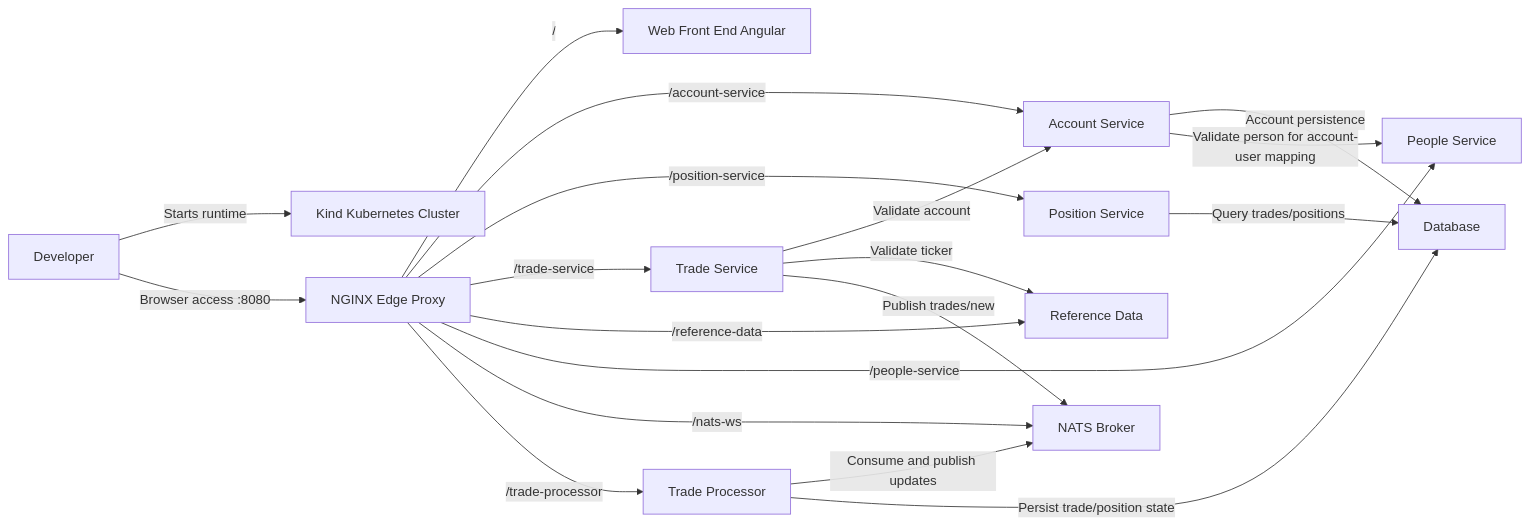
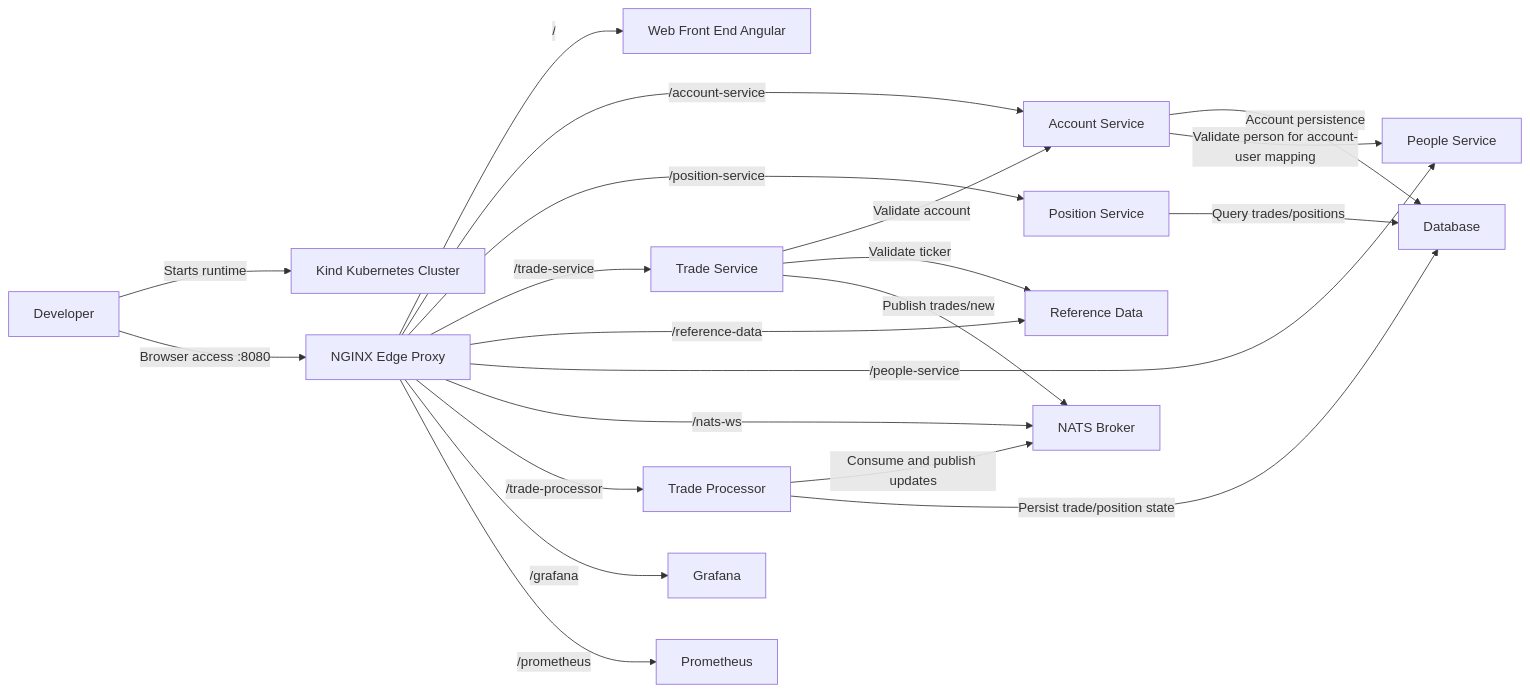
The diagram in specs/010-kubernetes-runtime/system/architecture.md (finos/traderX), drawn with Mermaid before and after one commit. The commit also changed other lines of this file and 33 other files, not shown here.

````diff
--- a/specs/010-kubernetes-runtime/system/architecture.md
+++ b/specs/010-kubernetes-runtime/system/architecture.md
@@ -16,33 +18,37 @@
 ```mermaid
 flowchart LR
   developer["Developer"]
   cluster["Kind Kubernetes Cluster"]
   edge["NGINX Edge Proxy"]
   web["Web Front End Angular"]
   account["Account Service"]
   position["Position Service"]
   tradeService["Trade Service"]
   referenceData["Reference Data"]
   people["People Service"]
   nats["NATS Broker"]
   tradeProcessor["Trade Processor"]
   database["Database"]
+  grafana["Grafana"]
+  prometheus["Prometheus"]
   developer -->|"Starts runtime"| cluster
   developer -->|"Browser access :8080"| edge
   edge -->|"/"| web
   edge -->|"/account-service"| account
   edge -->|"/position-service"| position
   edge -->|"/trade-service"| tradeService
   edge -->|"/reference-data"| referenceData
   edge -->|"/people-service"| people
   edge -->|"/nats-ws"| nats
   edge -->|"/trade-processor"| tradeProcessor
+  edge -->|"/grafana"| grafana
+  edge -->|"/prometheus"| prometheus
   tradeService -->|"Validate account"| account
   tradeService -->|"Validate ticker"| referenceData
   tradeService -->|"Publish trades/new"| nats
   tradeProcessor -->|"Consume and publish updates"| nats
   tradeProcessor -->|"Persist trade/position state"| database
   account -->|"Account persistence"| database
   position -->|"Query trades/positions"| database
   account -->|"Validate person for account-user mapping"| people
 ```
````
